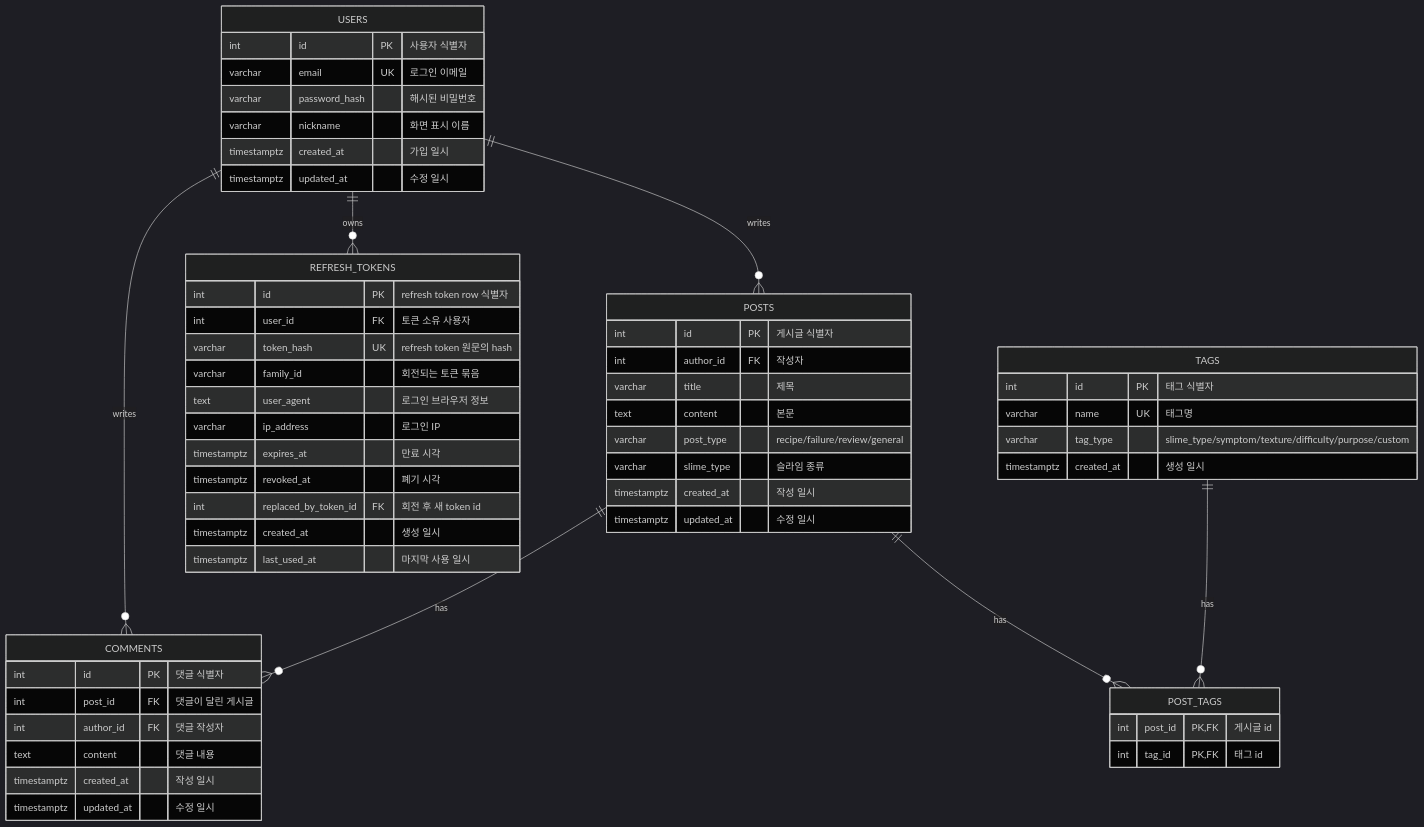
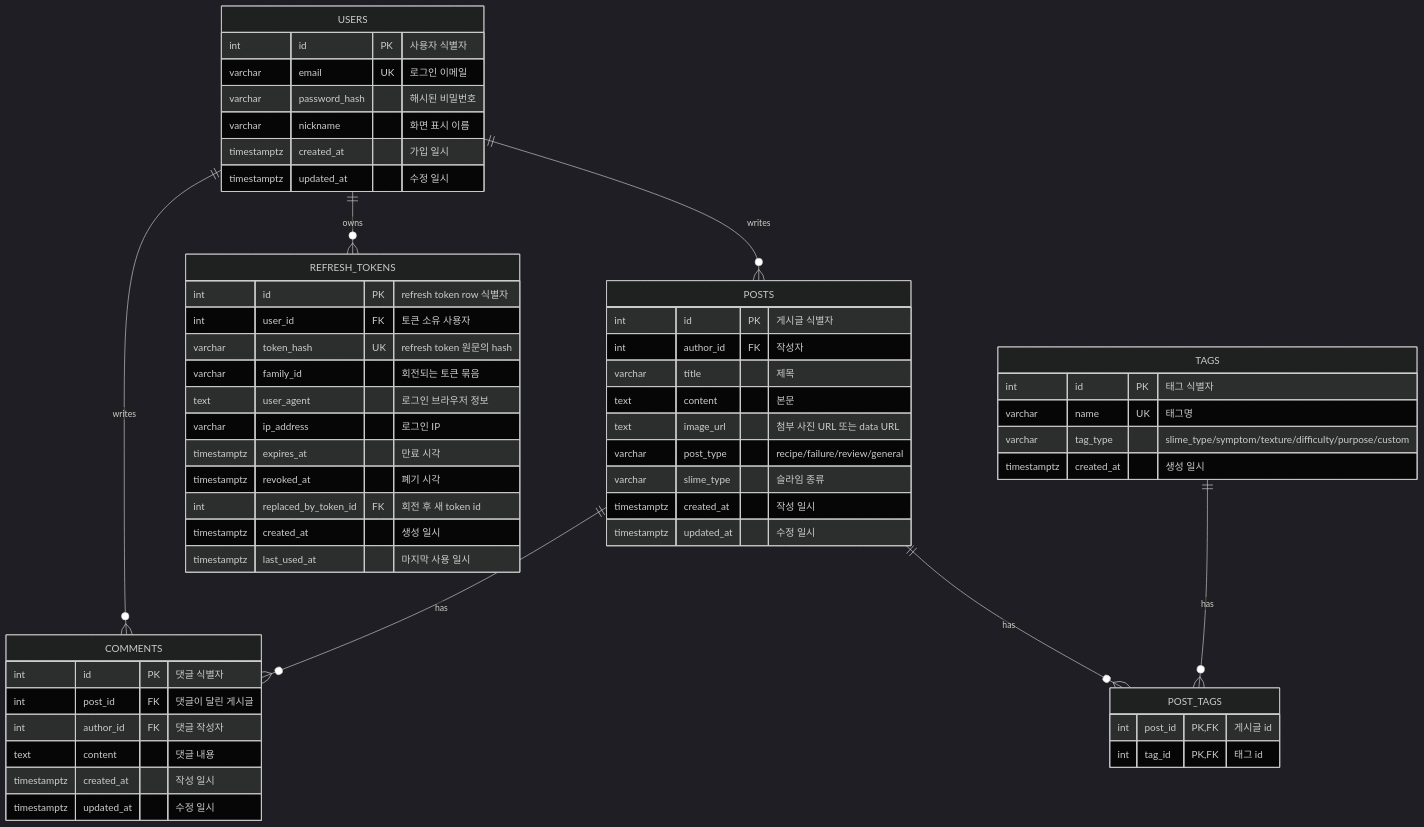
One commit to devhyun05/jungle-week15-16-302-team5-hub changed the diagram in docs/db_erd.md. Above: the diagram before and after it, drawn with Mermaid (dark theme). The commit also changed other lines of this file and 18 other files, not shown here.

````diff
--- a/docs/db_erd.md
+++ b/docs/db_erd.md
@@ -19,64 +19,65 @@
 ```mermaid
 erDiagram
     USERS ||--o{ POSTS : writes
     USERS ||--o{ COMMENTS : writes
     USERS ||--o{ REFRESH_TOKENS : owns
     POSTS ||--o{ COMMENTS : has
     POSTS ||--o{ POST_TAGS : has
     TAGS ||--o{ POST_TAGS : has
 
     USERS {
       int id PK "사용자 식별자"
       varchar email UK "로그인 이메일"
       varchar password_hash "해시된 비밀번호"
       varchar nickname "화면 표시 이름"
       timestamptz created_at "가입 일시"
       timestamptz updated_at "수정 일시"
     }
 
     REFRESH_TOKENS {
       int id PK "refresh token row 식별자"
       int user_id FK "토큰 소유 사용자"
       varchar token_hash UK "refresh token 원문의 hash"
       varchar family_id "회전되는 토큰 묶음"
       text user_agent "로그인 브라우저 정보"
       varchar ip_address "로그인 IP"
       timestamptz expires_at "만료 시각"
       timestamptz revoked_at "폐기 시각"
       int replaced_by_token_id FK "회전 후 새 token id"
       timestamptz created_at "생성 일시"
       timestamptz last_used_at "마지막 사용 일시"
     }
 
     POSTS {
       int id PK "게시글 식별자"
       int author_id FK "작성자"
       varchar title "제목"
       text content "본문"
+      text image_url "첨부 사진 URL 또는 data URL"
       varchar post_type "recipe/failure/review/general"
       varchar slime_type "슬라임 종류"
       timestamptz created_at "작성 일시"
       timestamptz updated_at "수정 일시"
     }
 
     COMMENTS {
       int id PK "댓글 식별자"
       int post_id FK "댓글이 달린 게시글"
       int author_id FK "댓글 작성자"
       text content "댓글 내용"
       timestamptz created_at "작성 일시"
       timestamptz updated_at "수정 일시"
     }
 
     TAGS {
       int id PK "태그 식별자"
       varchar name UK "태그명"
       varchar tag_type "slime_type/symptom/texture/difficulty/purpose/custom"
       timestamptz created_at "생성 일시"
     }
 
     POST_TAGS {
       int post_id PK,FK "게시글 id"
       int tag_id PK,FK "태그 id"
     }
 ```
````
